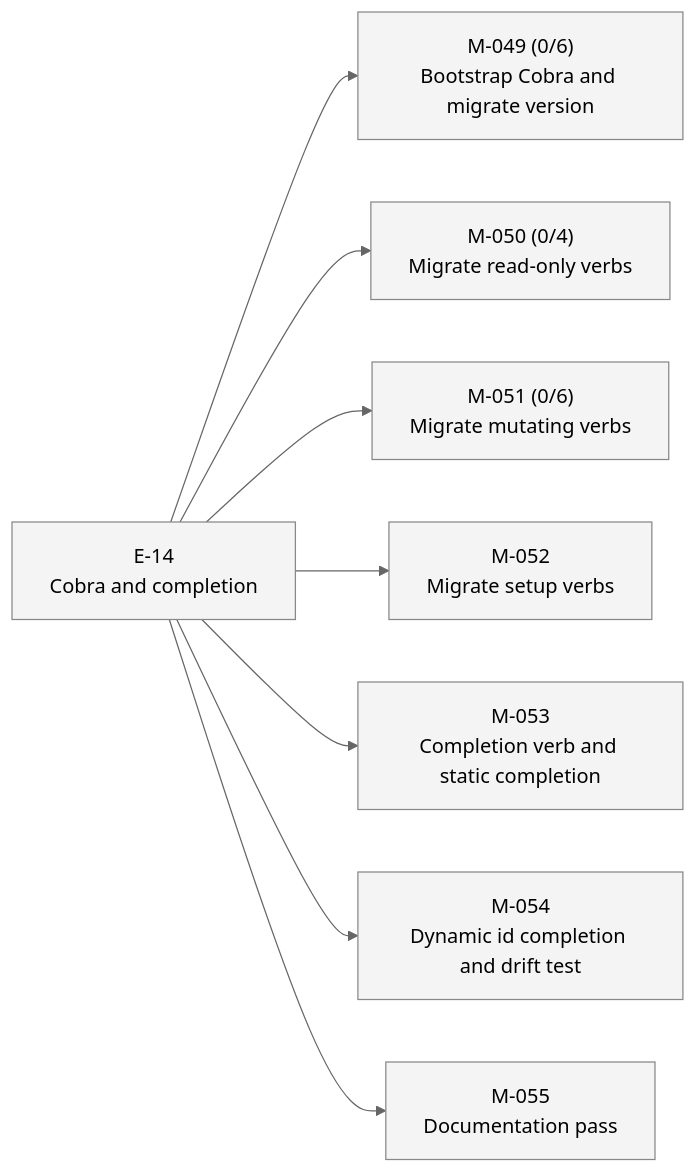
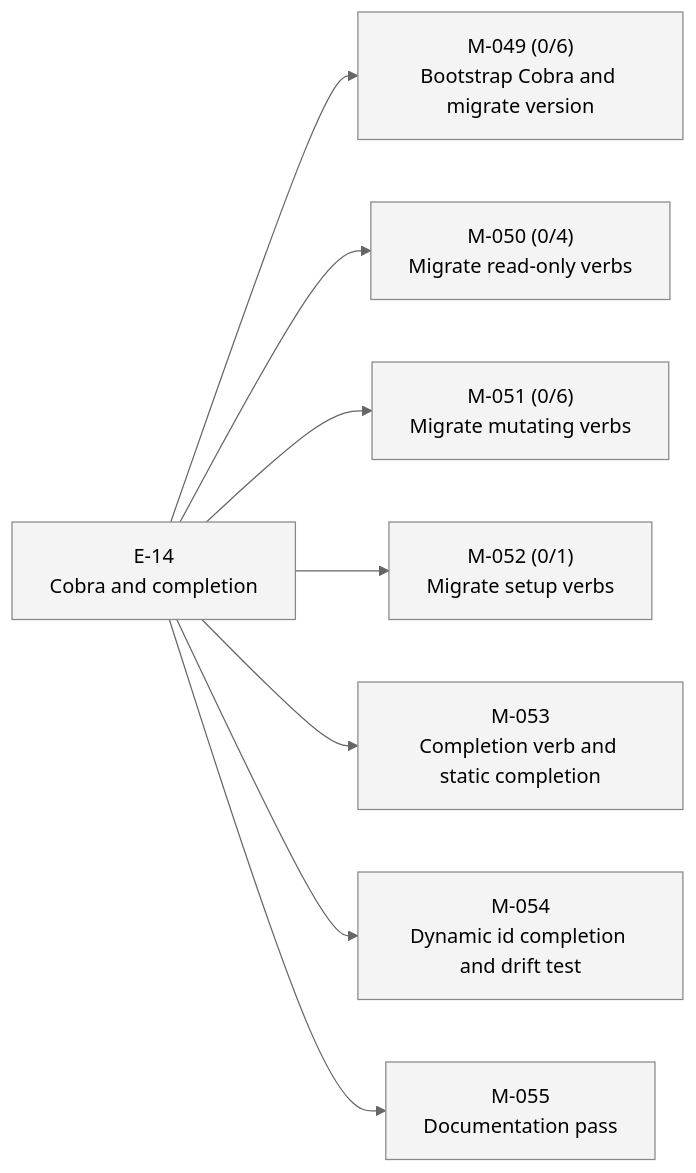
The second of 2 diagrams in STATUS.md (23min/aiwf), drawn with Mermaid (neutral theme) before and after one commit. The commit also changed other lines of this file and 1 other file, not shown here.

````diff
--- a/STATUS.md
+++ b/STATUS.md
@@ -38,24 +38,24 @@
 ```mermaid
 flowchart LR
   E_14["E-14<br/>Cobra and completion"]:::epic_proposed
   M_049["M-049 (0/6)<br/>Bootstrap Cobra and migrate version"]:::ms_draft
   E_14 --> M_049
   M_050["M-050 (0/4)<br/>Migrate read-only verbs"]:::ms_draft
   E_14 --> M_050
   M_051["M-051 (0/6)<br/>Migrate mutating verbs"]:::ms_draft
   E_14 --> M_051
-  M_052["M-052<br/>Migrate setup verbs"]:::ms_draft
+  M_052["M-052 (0/1)<br/>Migrate setup verbs"]:::ms_draft
   E_14 --> M_052
   M_053["M-053<br/>Completion verb and static completion"]:::ms_draft
   E_14 --> M_053
   M_054["M-054<br/>Dynamic id completion and drift test"]:::ms_draft
   E_14 --> M_054
   M_055["M-055<br/>Documentation pass"]:::ms_draft
   E_14 --> M_055
   classDef epic_active fill:#d6eaff,stroke:#1a73e8,color:#000
   classDef epic_proposed fill:#f4f4f4,stroke:#888,color:#000
   classDef ms_done fill:#d8f5d8,stroke:#2a8a2a,color:#000
   classDef ms_in_progress fill:#fff3c4,stroke:#caa400,color:#000
   classDef ms_draft fill:#f4f4f4,stroke:#888,color:#000
   classDef ms_cancelled fill:#fbeaea,stroke:#c33,color:#000
 ```
````
